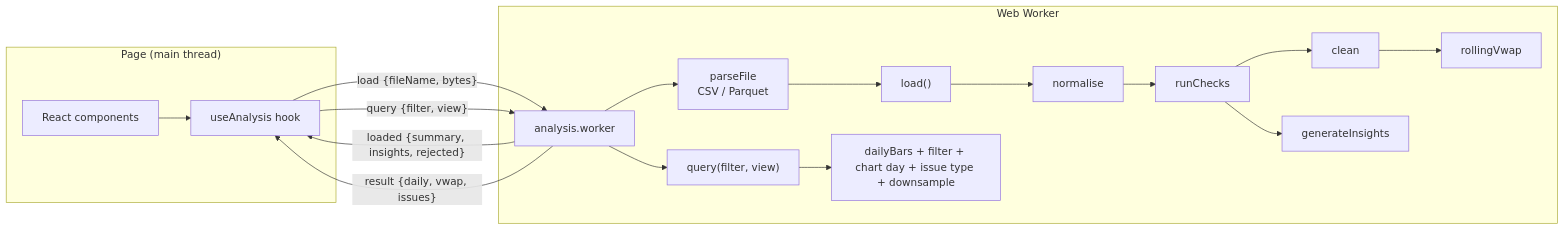
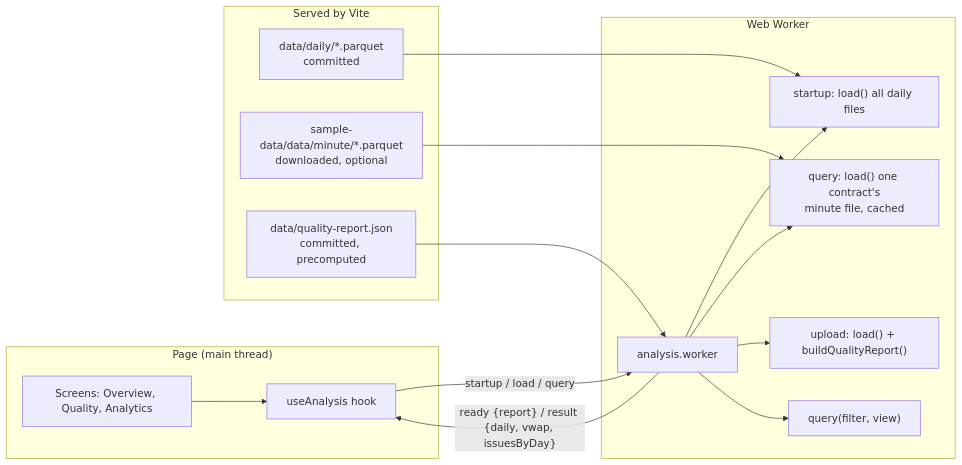
Before and after one commit to siewchung/market-analyser-prototype: the diagram in docs/ARCHITECTURE.md, drawn with Mermaid. The commit also changed other lines of this file and 2 other files, not shown here.

First line of the commit message:
Document startup data, precomputed report and the three-screen UI

````diff
--- a/docs/ARCHITECTURE.md
+++ b/docs/ARCHITECTURE.md
@@ -9,18 +9,22 @@
 ```mermaid
 flowchart LR
   subgraph Page["Page (main thread)"]
-    UI[React components] --> Hook[useAnalysis hook]
+    UI[Screens: Overview, Quality, Analytics] --> Hook[useAnalysis hook]
+  end
+  subgraph Files["Served by Vite"]
+    D[data/daily/*.parquet<br/>committed]
+    M[sample-data/data/minute/*.parquet<br/>downloaded, optional]
+    R[data/quality-report.json<br/>committed, precomputed]
   end
   subgraph Worker["Web Worker"]
-    W[analysis.worker] --> P[parseFile<br/>CSV / Parquet]
-    P --> L["load()"]
-    L --> N[normalise] --> C[runChecks] --> CL[clean] --> V[rollingVwap]
-    C --> I[generateInsights]
+    W[analysis.worker] --> S["startup: load() all daily files"]
+    W --> C["query: load() one contract's<br/>minute file, cached"]
+    W --> U["upload: load() + buildQualityReport()"]
     W --> Q["query(filter, view)"]
-    Q --> D[dailyBars + filter + chart day + issue type + downsample]
   end
-  Hook -- "load {fileName, bytes}" --> W
-  Hook -- "query {filter, view}" --> W
-  W -- "loaded {summary, insights, rejected}" --> Hook
-  W -- "result {daily, vwap, issues}" --> Hook
+  D --> S
+  M --> C
+  R --> W
+  Hook -- "startup / load / query" --> W
+  W -- "ready {report} / result {daily, vwap, issuesByDay}" --> Hook
 ```
````
